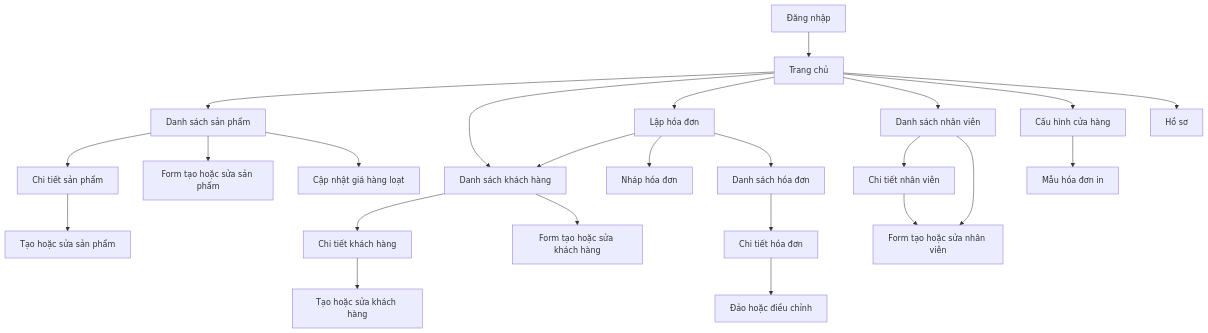
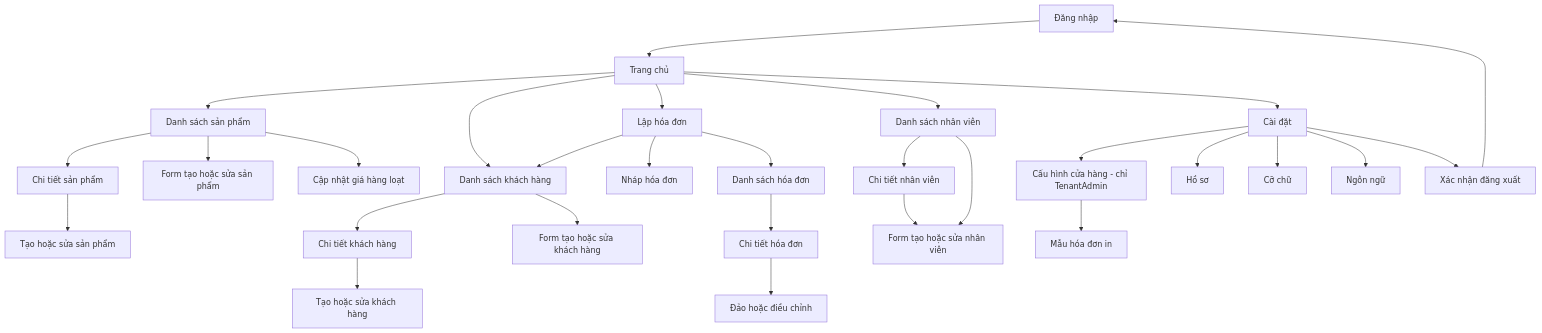
One commit to PanxiiPos/panxii-docs changed the diagram in frontend/mobile_screen_flow_api_mapping.md. Above: the diagram before and after it, drawn with Mermaid. The commit also changed other lines of this file and 4 other files, not shown here.

First line of the commit message:
docs(mobile): document home identity and editable settings

````diff
--- a/frontend/mobile_screen_flow_api_mapping.md
+++ b/frontend/mobile_screen_flow_api_mapping.md
@@ -22,26 +22,31 @@
 ```mermaid
 flowchart TD
     Login[Đăng nhập] --> Home[Trang chủ]
     Home --> ProductList[Danh sách sản phẩm]
     ProductList --> ProductDetail[Chi tiết sản phẩm]
     ProductList --> ProductForm[Form tạo hoặc sửa sản phẩm]
     ProductDetail --> ProductEdit[Tạo hoặc sửa sản phẩm]
     ProductList --> BulkPrice[Cập nhật giá hàng loạt]
     Home --> CustomerList[Danh sách khách hàng]
     CustomerList --> CustomerDetail[Chi tiết khách hàng]
     CustomerList --> CustomerForm[Form tạo hoặc sửa khách hàng]
     CustomerDetail --> CustomerEdit[Tạo hoặc sửa khách hàng]
     Home --> NewInvoice[Lập hóa đơn]
     NewInvoice --> CustomerList
     NewInvoice --> InvoiceDraft[Nháp hóa đơn]
     NewInvoice --> InvoiceList[Danh sách hóa đơn]
     InvoiceList --> InvoiceDetail[Chi tiết hóa đơn]
     InvoiceDetail --> Reverse[Đảo hoặc điều chỉnh]
     Home --> StaffList[Danh sách nhân viên]
     StaffList --> StaffDetail[Chi tiết nhân viên]
     StaffList --> StaffForm[Form tạo hoặc sửa nhân viên]
     StaffDetail --> StaffForm
-    Home --> StoreSettings[Cấu hình cửa hàng]
+    Home --> Settings[Cài đặt]
+    Settings --> StoreSettings[Cấu hình cửa hàng - chỉ TenantAdmin]
     StoreSettings --> ReceiptSettings[Mẫu hóa đơn in]
-    Home --> Profile[Hồ sơ]
+    Settings --> Profile[Hồ sơ]
+    Settings --> Display[Cỡ chữ]
+    Settings --> Language[Ngôn ngữ]
+    Settings --> Logout[Xác nhận đăng xuất]
+    Logout --> Login
 ```
````
